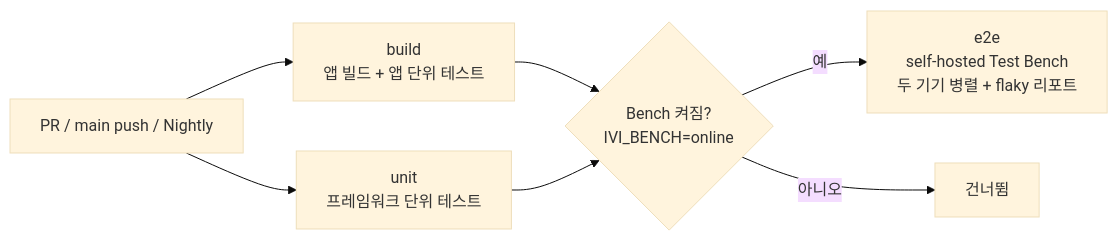
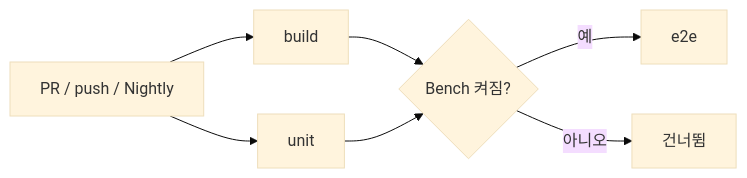
The second of 2 diagrams in docs/portfolio.md (bugspeaker/opencabin-ivi), drawn with Mermaid (base theme) before and after one commit. The commit also changed other lines of this file, not shown here.

Commit message:
포트폴리오: Mermaid 구조도를 가로 방향 짧은 라벨로 (GitHub 에서 잘림 수정), CI job 표 추가

````diff
--- a/docs/portfolio.md
+++ b/docs/portfolio.md
@@ -292,9 +292,9 @@
 ```mermaid
 flowchart LR
-    E["PR / main push / Nightly"] --> B["build<br/>앱 빌드 + 앱 단위 테스트"]
-    E --> U["unit<br/>프레임워크 단위 테스트"]
-    B --> X{"Bench 켜짐?<br/>IVI_BENCH=online"}
+    E[PR / push / Nightly] --> B[build]
+    E --> U[unit]
+    B --> X{Bench 켜짐?}
     U --> X
-    X -->|예| R["e2e<br/>self-hosted Test Bench<br/>두 기기 병렬 + flaky 리포트"]
-    X -->|아니오| K["건너뜀"]
+    X -->|예| R[e2e]
+    X -->|아니오| K[건너뜀]
 ```
````
